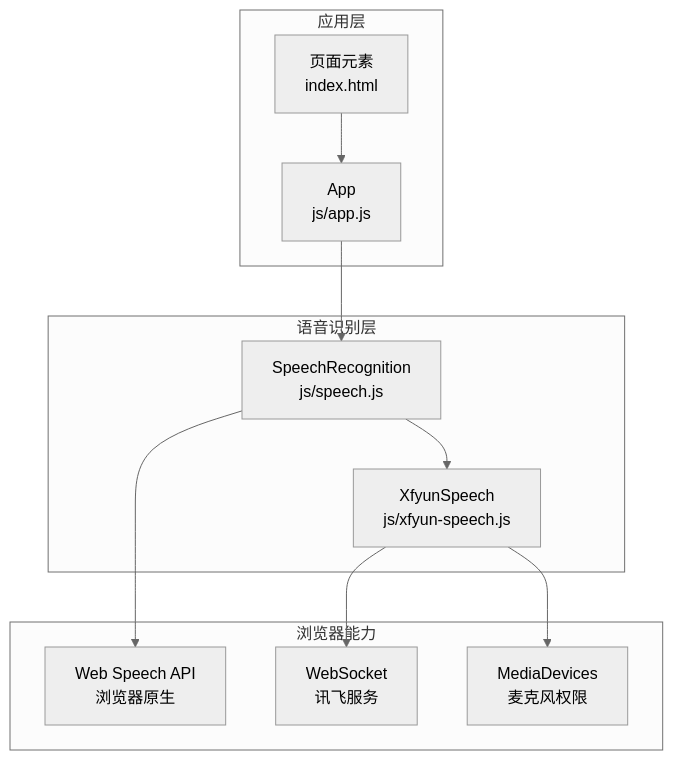
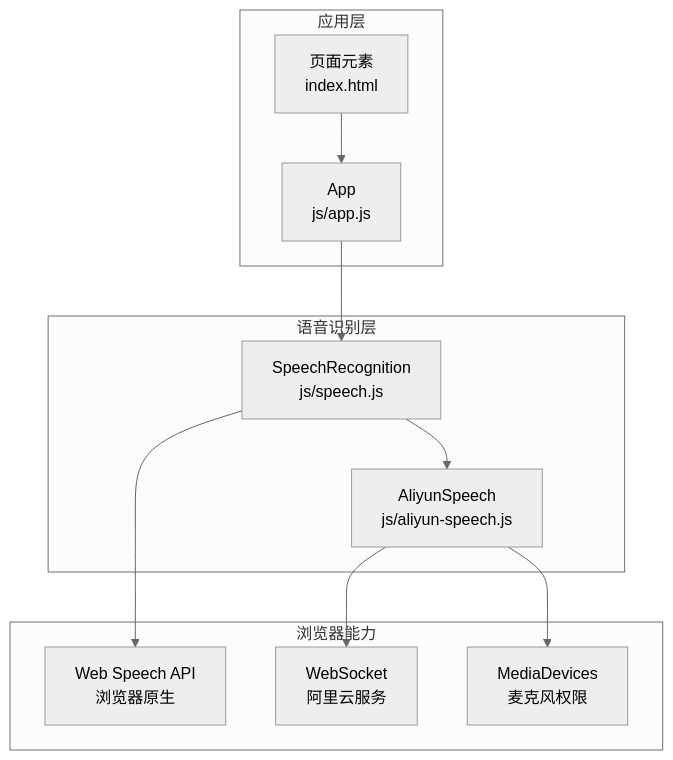
Before and after one commit to db300/MySpeechRecognition: the first of 5 diagrams in .qoder/repowiki/zh/content/语音识别模块详解/错误处理与恢复.md, drawn with Mermaid (neutral theme). The commit also changed other lines of this file and 10 other files, not shown here.

````diff
--- a/.qoder/repowiki/zh/content/语音识别模块详解/错误处理与恢复.md
+++ b/.qoder/repowiki/zh/content/语音识别模块详解/错误处理与恢复.md
@@ -39,22 +39,22 @@
 ```mermaid
 graph TB
 subgraph "应用层"
 APP["App<br/>js/app.js"]
 UI["页面元素<br/>index.html"]
 end
 subgraph "语音识别层"
 SR["SpeechRecognition<br/>js/speech.js"]
-XR["XfyunSpeech<br/>js/xfyun-speech.js"]
+XR["AliyunSpeech<br/>js/aliyun-speech.js"]
 end
 subgraph "浏览器能力"
 NATIVE["Web Speech API<br/>浏览器原生"]
-WS["WebSocket<br/>讯飞服务"]
+WS["WebSocket<br/>阿里云服务"]
 MIC["MediaDevices<br/>麦克风权限"]
 end
 UI --> APP
 APP --> SR
 SR --> NATIVE
 SR --> XR
 XR --> WS
 XR --> MIC
 ```
````
